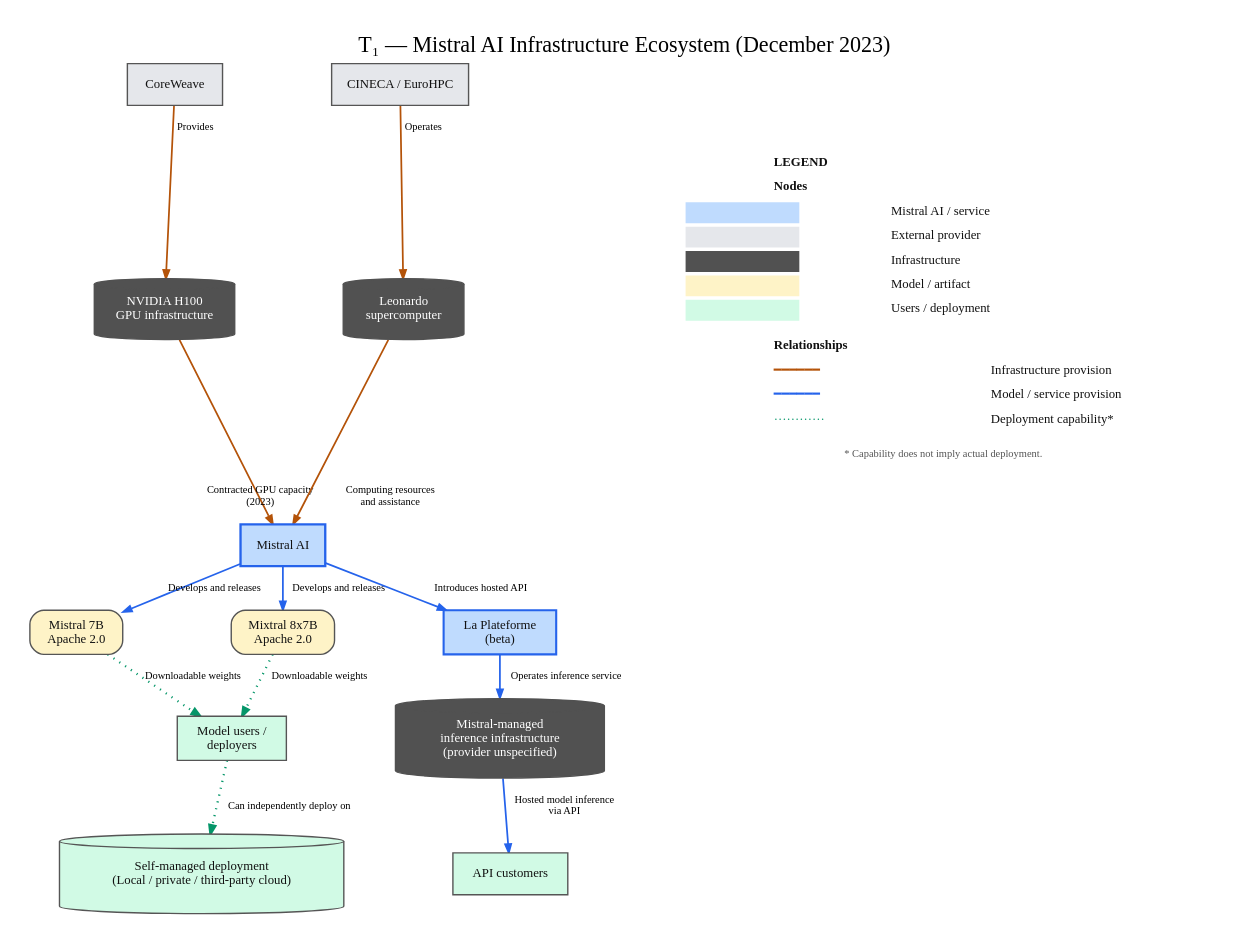
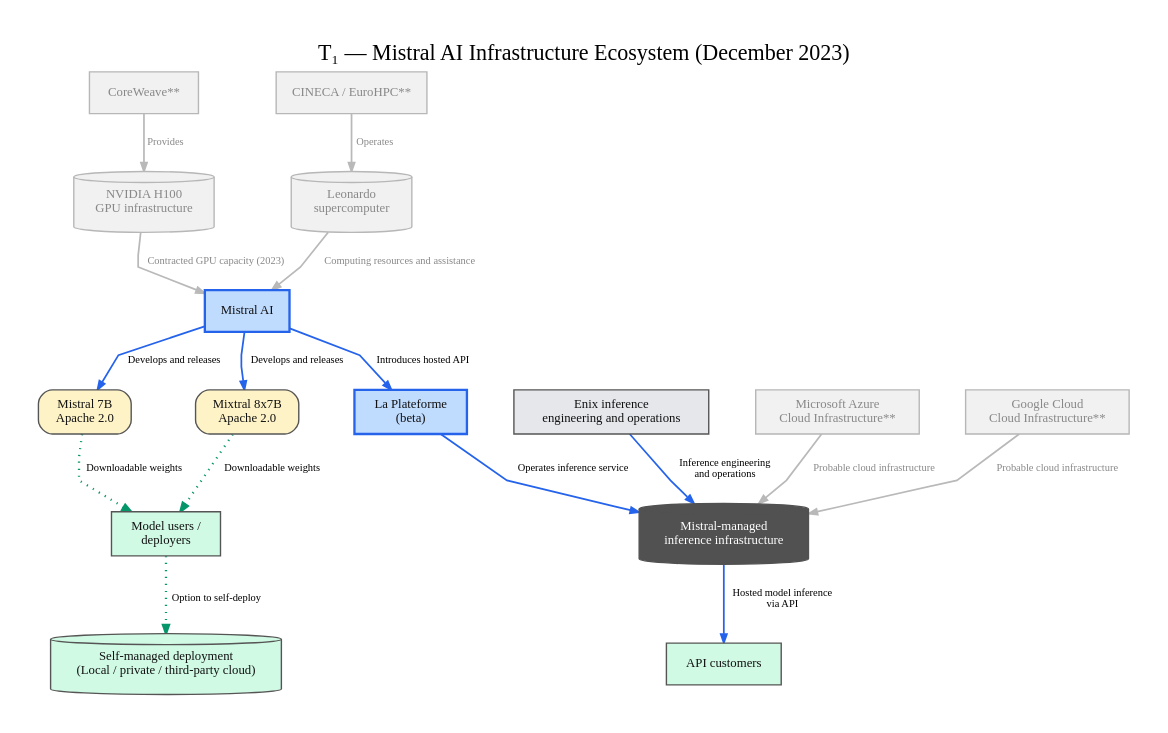
The diagram in src/graphviz-02-snapshot-T1.dot (shjiemon/mistral-technographic-snapshots), drawn with Graphviz before and after one commit. The commit also changed 4 other files, not shown here.

Commit message:
Refactor of Graphviz DOT files for Mistral AI Infrastructure Ecosystem to streamline node definitions and relationships, ensuring consistency with original design and sync with source data in Google Sheet.

```diff
--- a/src/graphviz-02-snapshot-T1.dot
+++ b/src/graphviz-02-snapshot-T1.dot
@@ -1,394 +1,50 @@
 digraph Mistral_T1 {
+    // ========================================
+    // GRAPH SETTINGS — consistent with original DOT files
+    // ========================================
+    graph [label="T₁ — Mistral AI Infrastructure Ecosystem (December 2023)", labelloc=t, fontsize=19, fontname="Bitter", rankdir=TB, bgcolor="white", nodesep=0.55, ranksep=0.55, splines=polyline, pad=0.35, outputorder=edgesfirst, newrank=true];
+    node [fontname="Bitter", fontsize=11, style=filled, color="#555555", fontcolor="#111111", penwidth=1.2, margin="0.16,0.10"];
+    edge [fontname="Bitter", fontsize=9, arrowsize=0.75, penwidth=1.5];
 
     // ========================================
-    // GRAPH SETTINGS
+    // NODES — corresponding to submitted diagram
     // ========================================
-
-    graph [
-        label="T₁ — Mistral AI Infrastructure Ecosystem (December 2023)"
-        labelloc=t
-        fontsize=19
-        fontname="Bitter"
-        rankdir=TB
-        bgcolor="white"
-        nodesep=0.65
-        ranksep=0.38
-        splines=line
-        pad=0.25
-        outputorder=edgesfirst
-        newrank=true
-    ];
-
-    node [
-        fontname="Bitter"
-        fontsize=11
-        style=filled
-        color="#555555"
-        fontcolor="#111111"
-        penwidth=1.2
-        margin="0.16,0.10"
-    ];
-
-    edge [
-        fontname="Bitter"
-        fontsize=9
-        arrowsize=0.75
-        penwidth=1.5
-    ];
+    CoreWeave [label="CoreWeave**", shape=box, fillcolor="#E5E7EB", color="#B7B7B7", fontcolor="#888888", fillcolor="#F1F1F1"];
+    CINECA [label="CINECA / EuroHPC**", shape=box, fillcolor="#E5E7EB", color="#B7B7B7", fontcolor="#888888", fillcolor="#F1F1F1"];
+    H100 [label="NVIDIA H100\nGPU infrastructure", shape=cylinder, fillcolor="#515151", fontcolor="white", color="#515151", color="#B7B7B7", fontcolor="#888888", fillcolor="#F1F1F1"];
+    Leonardo [label="Leonardo\nsupercomputer", shape=cylinder, fillcolor="#515151", fontcolor="white", color="#515151", color="#B7B7B7", fontcolor="#888888", fillcolor="#F1F1F1"];
+    Mistral [label="Mistral AI", shape=box, fillcolor="#BFDBFE", color="#2563EB", penwidth=2];
+    OpenUsers [label="Model users /\ndeployers", shape=box, fillcolor="#D1FAE5"];
+    SelfManaged [label="Self-managed deployment\n(Local / private / third-party cloud)", shape=cylinder, fillcolor="#D1FAE5"];
+    Mistral7B [label="Mistral 7B\nApache 2.0", shape=box, fillcolor="#FEF3C7", style="rounded,filled"];
+    Mixtral [label="Mixtral 8x7B\nApache 2.0", shape=box, fillcolor="#FEF3C7", style="rounded,filled"];
+    Platform [label="La Plateforme\n(beta)", shape=box, fillcolor="#BFDBFE", color="#2563EB", penwidth=2];
+    Hosted [label="Mistral-managed\ninference infrastructure", shape=cylinder, fillcolor="#515151", fontcolor="white", color="#515151"];
+    APIUsers [label="API customers", shape=box, fillcolor="#D1FAE5"];
+    Enix [label="Enix inference\nengineering and operations", shape=box, fillcolor="#E5E7EB"];
+    AzureCloud [label="Microsoft Azure\nCloud Infrastructure**", shape=box, fillcolor="#E5E7EB", color="#B7B7B7", fontcolor="#888888", fillcolor="#F1F1F1"];
+    GoogleCloud [label="Google Cloud\nCloud Infrastructure**", shape=box, fillcolor="#E5E7EB", color="#B7B7B7", fontcolor="#888888", fillcolor="#F1F1F1"];
 
     // ========================================
-    // EXTERNAL PROVIDERS
+    // RELATIONSHIPS — indexed by Google Sheet evidence register
+    // Blue = service; orange = infrastructure; green dotted = capability.
+    // Faded = inferred / historical; orange dashed = planned.
+    // Capability does not imply observed customer deployment.
     // ========================================
-
-    CoreWeave [
-        label="CoreWeave"
-        shape=box
-        fillcolor="#E5E7EB"
-    ];
-
-    CINECA [
-        label="CINECA / EuroHPC"
-        shape=box
-        fillcolor="#E5E7EB"
-    ];
-
-    // ========================================
-    // UPSTREAM INFRASTRUCTURE
-    // ========================================
-
-    CoreWeaveGPU [
-        label="NVIDIA H100\nGPU infrastructure"
-        shape=cylinder
-        fillcolor="#515151"
-        fontcolor="#FFFFFF"
-        color="#515151"
-    ];
-
-    Leonardo [
-        label="Leonardo\nsupercomputer"
-        shape=cylinder
-        fillcolor="#515151"
-        fontcolor="#FFFFFF"
-        color="#515151"
-    ];
-
-    // ========================================
-    // MISTRAL
-    // ========================================
-
-    Mistral [
-        label="Mistral AI"
-        shape=box
-        fillcolor="#BFDBFE"
-        color="#2563EB"
-        penwidth=2
-    ];
-
-    // ========================================
-    // OPEN-WEIGHT MODELS
-    // ========================================
-
-    Mistral7B [
-        label="Mistral 7B\nApache 2.0"
-        shape=box
-        style="rounded,filled"
-        fillcolor="#FEF3C7"
-    ];
-
-    Mixtral [
-        label="Mixtral 8x7B\nApache 2.0"
-        shape=box
-        style="rounded,filled"
-        fillcolor="#FEF3C7"
-    ];
-
-    OpenUsers [
-        label="Model users /\ndeployers"
-        shape=box
-        fillcolor="#D1FAE5"
-    ];
-
-    SelfManaged [
-        label="Self-managed deployment\n(Local / private / third-party cloud)"
-        shape=cylinder
-        fillcolor="#D1FAE5"
-        width=3.4
-        margin="0.25,0.18"
-    ];
-
-    // ========================================
-    // HOSTED INFERENCE
-    // ========================================
-
-    Platform [
-        label="La Plateforme\n(beta)"
-        shape=box
-        fillcolor="#BFDBFE"
-        color="#2563EB"
-        penwidth=1.8
-    ];
-
-    HostedInfra [
-        label="Mistral-managed\ninference infrastructure\n(provider unspecified)"
-        shape=cylinder
-        fillcolor="#515151"
-        fontcolor="#FFFFFF"
-        color="#515151"
-        width=2.5
-    ];
-
-    APIUsers [
-        label="API customers"
-        shape=box
-        fillcolor="#D1FAE5"
-    ];
-
-    // ========================================
-    // UPSTREAM RELATIONSHIPS
-    // ========================================
-
-    CoreWeave -> CoreWeaveGPU [
-        label="Provides"
-        color="#B45309"
-    ];
-
-    CINECA -> Leonardo [
-        label="Operates"
-        color="#B45309"
-    ];
-
-    CoreWeaveGPU -> Mistral [
-        label="Contracted GPU capacity\n(2023)"
-        color="#B45309"
-    ];
-
-    Leonardo -> Mistral [
-        label="Computing resources\nand assistance"
-        color="#B45309"
-    ];
-
-    // ========================================
-    // OPEN-WEIGHT RELATIONSHIPS
-    // ========================================
-
-    Mistral -> Mistral7B [
-        label="Develops and releases"
-        color="#2563EB"
-    ];
-
-    Mistral -> Mixtral [
-        label="Develops and releases"
-        color="#2563EB"
-    ];
-
-    Mistral7B -> OpenUsers [
-        label="Downloadable weights"
-        color="#059669"
-        style=dotted
-        penwidth=2
-    ];
-
-    Mixtral -> OpenUsers [
-        label="Downloadable weights"
-        color="#059669"
-        style=dotted
-        penwidth=2
-    ];
-
-    OpenUsers -> SelfManaged [
-        label="Can independently deploy on"
-        color="#059669"
-        style=dotted
-        penwidth=2
-    ];
-
-    // ========================================
-    // HOSTED INFERENCE RELATIONSHIPS
-    // ========================================
-
-    Mistral -> Platform [
-        label="Introduces hosted API"
-        color="#2563EB"
-    ];
-
-    Platform -> HostedInfra [
-        label="Operates inference service"
-        color="#2563EB"
-    ];
-
-    HostedInfra -> APIUsers [
-        label="Hosted model inference\nvia API"
-        color="#2563EB"
-    ];
-
-    // ========================================
-    // NETWORK LAYOUT
-    // ========================================
-
-    { rank=same; CoreWeave; CINECA; }
-    { rank=same; CoreWeaveGPU; Leonardo; }
-
-    { rank=same; Mistral7B; Mixtral; Platform; }
-
-    { rank=same; OpenUsers; HostedInfra; }
-
-    { rank=same; SelfManaged; APIUsers; }
-
-    CoreWeave -> CINECA [
-        style=invis
-        weight=10
-    ];
-
-    CoreWeaveGPU -> Leonardo [
-        style=invis
-        weight=10
-    ];
-
-    Mistral7B -> Mixtral [
-        style=invis
-        weight=10
-    ];
-
-    Mixtral -> Platform [
-        style=invis
-        weight=10
-    ];
-
-    OpenUsers -> HostedInfra [
-        style=invis
-        weight=5
-    ];
-
-    SelfManaged -> APIUsers [
-        style=invis
-        weight=5
-    ];
-
-    // ========================================
-    // SIDEBAR LEGEND
-    // ========================================
-
-    Legend [
-        shape=plain
-        style=""
-        margin=0
-        label=<
-            <TABLE BORDER="0"
-                   CELLBORDER="0"
-                   CELLSPACING="3"
-                   CELLPADDING="3">
-
-                <TR>
-                    <TD COLSPAN="3" ALIGN="LEFT">
-                        <FONT FACE="Bitter"><B>LEGEND</B></FONT>
-                    </TD>
-                </TR>
-
-                <TR>
-                    <TD COLSPAN="3" ALIGN="LEFT">
-                        <FONT FACE="Bitter"><B>Nodes</B></FONT>
-                    </TD>
-                </TR>
-
-                <TR>
-                    <TD BGCOLOR="#BFDBFE" WIDTH="16" HEIGHT="14"></TD>
-                    <TD COLSPAN="2" ALIGN="LEFT">
-                        <FONT FACE="Bitter">Mistral AI / service</FONT>
-                    </TD>
-                </TR>
-
-                <TR>
-                    <TD BGCOLOR="#E5E7EB"></TD>
-                    <TD COLSPAN="2" ALIGN="LEFT">
-                        <FONT FACE="Bitter">External provider</FONT>
-                    </TD>
-                </TR>
-
-                <TR>
-                    <TD BGCOLOR="#515151"></TD>
-                    <TD COLSPAN="2" ALIGN="LEFT">
-                        <FONT FACE="Bitter">Infrastructure</FONT>
-                    </TD>
-                </TR>
-
-                <TR>
-                    <TD BGCOLOR="#FEF3C7"></TD>
-                    <TD COLSPAN="2" ALIGN="LEFT">
-                        <FONT FACE="Bitter">Model / artifact</FONT>
-                    </TD>
-                </TR>
-
-                <TR>
-                    <TD BGCOLOR="#D1FAE5"></TD>
-                    <TD COLSPAN="2" ALIGN="LEFT">
-                        <FONT FACE="Bitter">Users / deployment</FONT>
-                    </TD>
-                </TR>
-
-                <TR>
-                    <TD COLSPAN="3" HEIGHT="8"></TD>
-                </TR>
-
-                <TR>
-                    <TD COLSPAN="3" ALIGN="LEFT">
-                        <FONT FACE="Bitter"><B>Relationships</B></FONT>
-                    </TD>
-                </TR>
-
-                <TR>
-                    <TD COLSPAN="2" ALIGN="LEFT">
-                        <FONT FACE="Bitter" COLOR="#B45309">━━━━━━</FONT>
-                    </TD>
-                    <TD ALIGN="LEFT">
-                        <FONT FACE="Bitter">Infrastructure provision</FONT>
-                    </TD>
-                </TR>
-
-                <TR>
-                    <TD COLSPAN="2" ALIGN="LEFT">
-                        <FONT FACE="Bitter" COLOR="#2563EB">━━━━━━</FONT>
-                    </TD>
-                    <TD ALIGN="LEFT">
-                        <FONT FACE="Bitter">Model / service provision</FONT>
-                    </TD>
-                </TR>
-
-                <TR>
-                    <TD COLSPAN="2" ALIGN="LEFT">
-                        <FONT FACE="Bitter" COLOR="#059669">············</FONT>
-                    </TD>
-                    <TD ALIGN="LEFT">
-                        <FONT FACE="Bitter">Deployment capability*</FONT>
-                    </TD>
-                </TR>
-
-                <TR>
-                    <TD COLSPAN="3" HEIGHT="6"></TD>
-                </TR>
-
-                <TR>
-                    <TD COLSPAN="3" ALIGN="LEFT">
-                        <FONT FACE="Bitter" POINT-SIZE="9" COLOR="#555555">
-                            * Capability does not imply actual deployment.
-                        </FONT>
-                    </TD>
-                </TR>
-
-            </TABLE>
-        >
-    ];
-
-    // ========================================
-    // LEGEND POSITIONING
-    // ========================================
-
-    { rank=same; CoreWeaveGPU; Leonardo; Legend; }
-
-    Leonardo -> Legend [
-        style=invis
-        weight=0
-        minlen=2
-        constraint=false
-    ];
-
+    CoreWeave -> H100 [label="Provides", color="#B45309", color="#B9B9B9", fontcolor="#888888"];
+    CINECA -> Leonardo [label="Operates", color="#B45309", color="#B9B9B9", fontcolor="#888888"];
+    H100 -> Mistral [label="Contracted GPU capacity (2023)", color="#B45309", color="#B9B9B9", fontcolor="#888888"];
+    Leonardo -> Mistral [label="Computing resources and assistance", color="#B45309", color="#B9B9B9", fontcolor="#888888"];
+    Mistral -> Mistral7B [label="Develops and releases", color="#2563EB"];
+    Mistral -> Mixtral [label="Develops and releases", color="#2563EB"];
+    Mistral7B -> OpenUsers [label="Downloadable weights", color="#059669", style=dotted, penwidth=2];
+    Mixtral -> OpenUsers [label="Downloadable weights", color="#059669", style=dotted, penwidth=2];
+    OpenUsers -> SelfManaged [label="Option to self-deploy", color="#059669", style=dotted, penwidth=2];
+    Mistral -> Platform [label="Introduces hosted API", color="#2563EB"];
+    Platform -> Hosted [label="Operates inference service", color="#2563EB"];
+    Hosted -> APIUsers [label="Hosted model inference\nvia API", color="#2563EB"];
+    Enix -> Hosted [label="Inference engineering\nand operations", color="#2563EB"];
+    AzureCloud -> Hosted [label="Probable cloud infrastructure", color="#B45309", color="#B9B9B9", fontcolor="#888888"];
+    GoogleCloud -> Hosted [label="Probable cloud infrastructure", color="#B45309", color="#B9B9B9", fontcolor="#888888"];
+    // ** 50% opacity in the submitted figure: inferred / probable relationship.
 }
```
